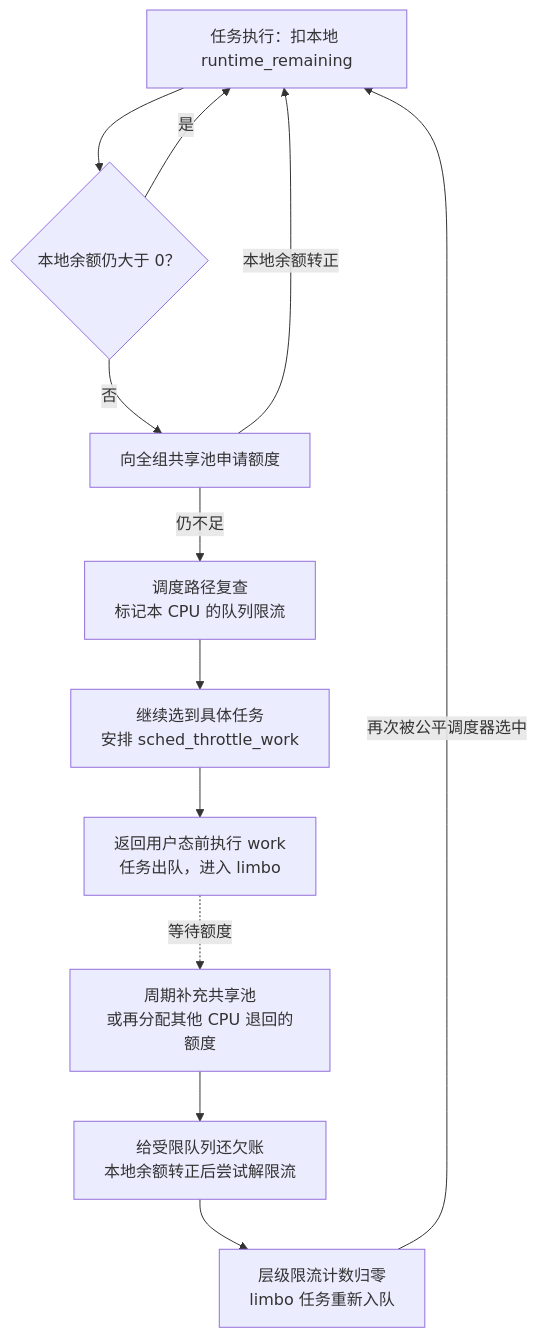
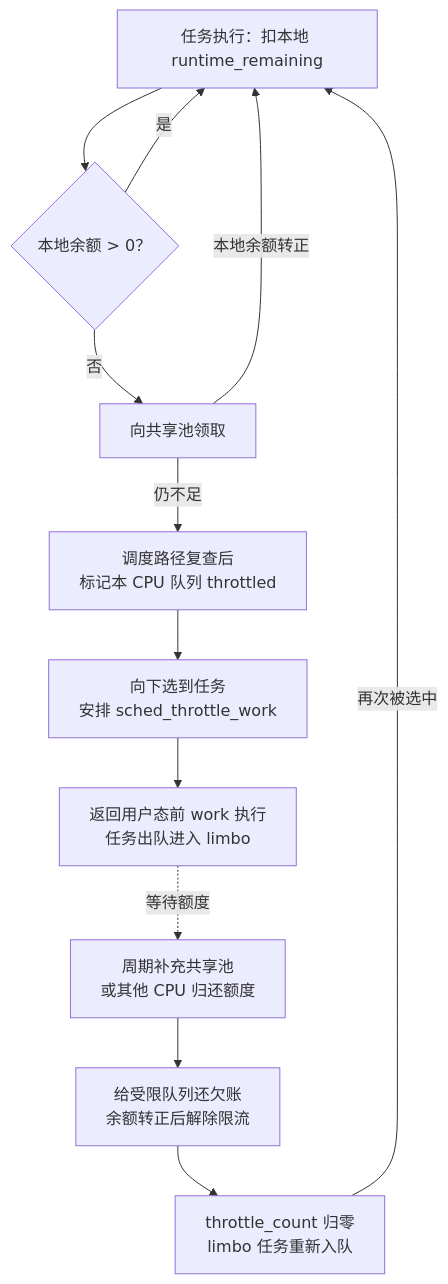
Before and after one commit to linuxperf/linux-study: the fifth of 7 diagrams in interview/sched/cgroup2.md, drawn with Mermaid. The commit also changed other lines of this file and 4 other files, not shown here.

````diff
--- a/interview/sched/cgroup2.md
+++ b/interview/sched/cgroup2.md
@@ -1239,14 +713,14 @@
 ```mermaid
 flowchart TD
-    RUN["任务执行：扣本地 runtime_remaining"] --> CHECK{"本地余额仍大于 0？"}
+    RUN["任务执行：扣本地 runtime_remaining"] --> CHECK{"本地余额 > 0？"}
     CHECK -->|"是"| RUN
-    CHECK -->|"否"| GET["向全组共享池申请额度"]
+    CHECK -->|"否"| GET["向共享池领取"]
     GET -->|"本地余额转正"| RUN
-    GET -->|"仍不足"| MARK["调度路径复查<br/>标记本 CPU 的队列限流"]
-    MARK --> PICK["继续选到具体任务<br/>安排 sched_throttle_work"]
-    PICK --> STOP["返回用户态前执行 work<br/>任务出队，进入 limbo"]
-    STOP -.->|"等待额度"| REFILL["周期补充共享池<br/>或再分配其他 CPU 退回的额度"]
-    REFILL --> DIST["给受限队列还欠账<br/>本地余额转正后尝试解限流"]
-    DIST --> READY["层级限流计数归零<br/>limbo 任务重新入队"]
-    READY -->|"再次被公平调度器选中"| RUN
+    GET -->|"仍不足"| MARK["调度路径复查后<br/>标记本 CPU 队列 throttled"]
+    MARK --> PICK["向下选到任务<br/>安排 sched_throttle_work"]
+    PICK --> STOP["返回用户态前 work 执行<br/>任务出队进入 limbo"]
+    STOP -.->|"等待额度"| REFILL["周期补充共享池<br/>或其他 CPU 归还额度"]
+    REFILL --> DIST["给受限队列还欠账<br/>余额转正后解除限流"]
+    DIST --> READY["throttle_count 归零<br/>limbo 任务重新入队"]
+    READY -->|"再次被选中"| RUN
 ```
````
